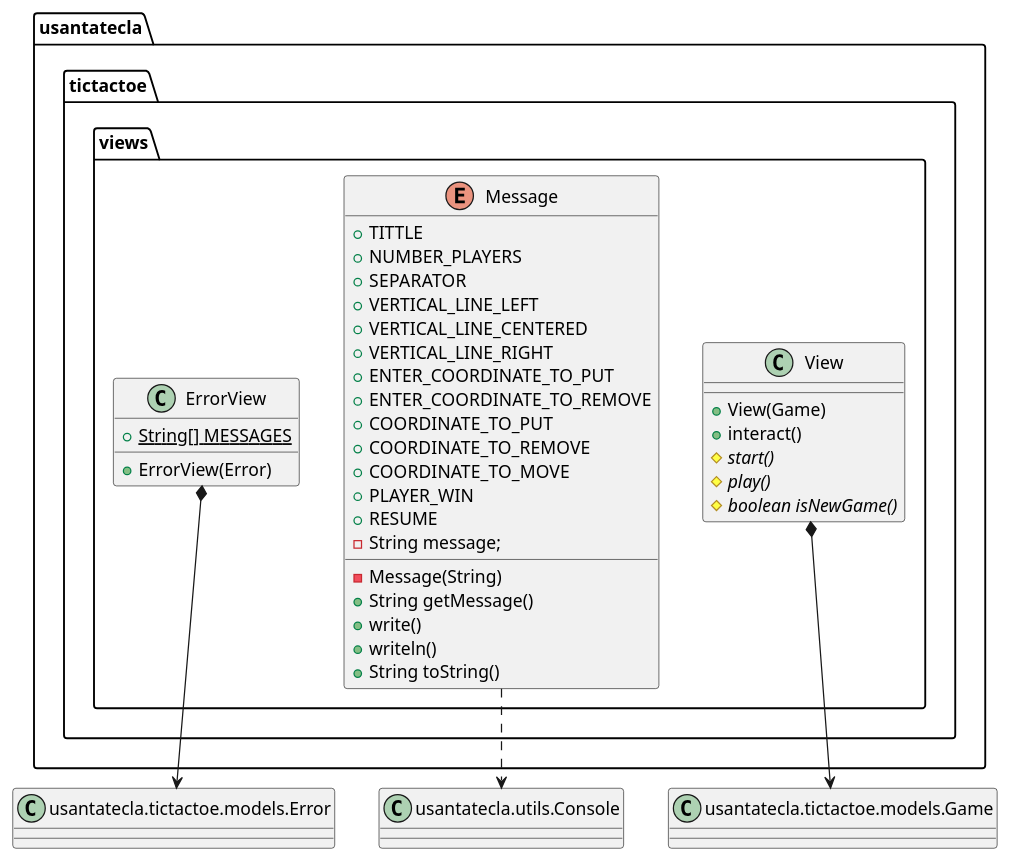
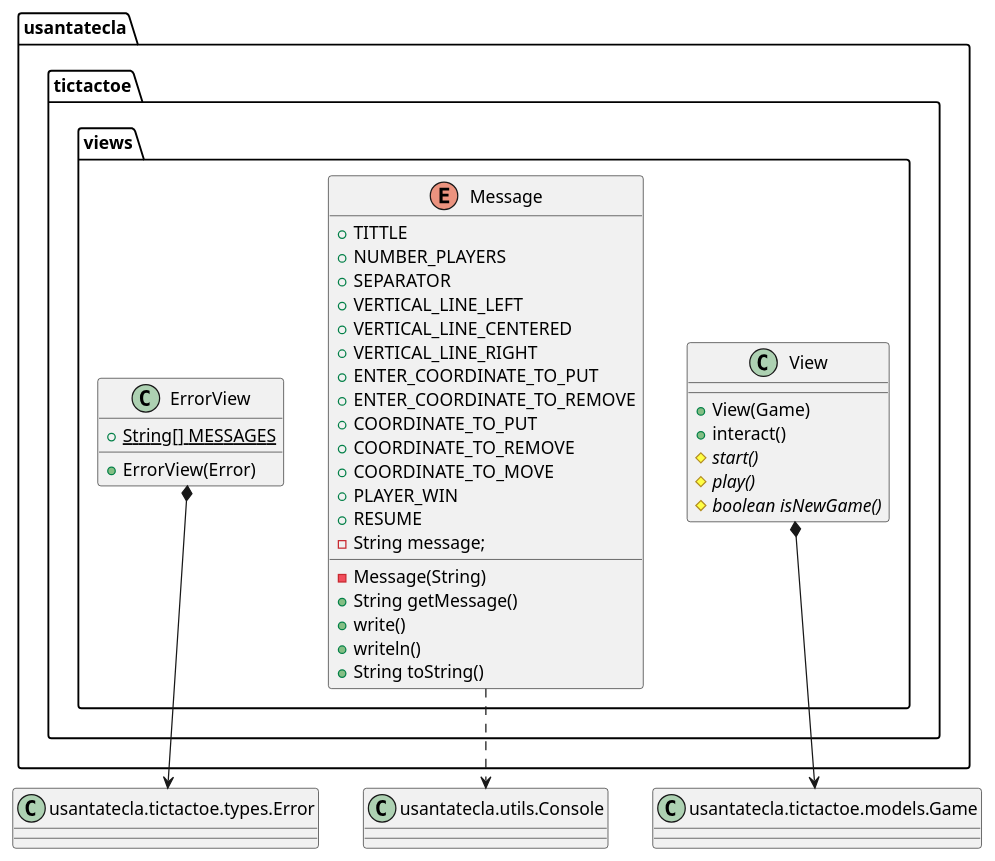
The second of 6 diagrams in documentView/withFactoryMethod/docs/diagrams/src/paquetes.plantuml (Jolucaa/USantaTecla-project-ticTacToe), drawn with PlantUML before and after one commit. The commit also changed other lines of this file and 41 other files, not shown here.

Commit message:
[mvp.pm.withFacade] Types package added. Started with documentation - Models, types, controllers and utils left

```diff
--- a/documentView/withFactoryMethod/docs/diagrams/src/paquetes.plantuml
+++ b/documentView/withFactoryMethod/docs/diagrams/src/paquetes.plantuml
@@ -39,51 +39,51 @@
 @startuml tictactoe.views
 class usantatecla.tictactoe.views.ErrorView {
 
 	+ {static} String[] MESSAGES
 
 	+ ErrorView(Error)
 
 }
 
 enum usantatecla.tictactoe.views.Message {
     + TITTLE
 	+ NUMBER_PLAYERS
 	+ SEPARATOR
 	+ VERTICAL_LINE_LEFT
 	+ VERTICAL_LINE_CENTERED
 	+ VERTICAL_LINE_RIGHT
 	+ ENTER_COORDINATE_TO_PUT
 	+ ENTER_COORDINATE_TO_REMOVE
 	+ COORDINATE_TO_PUT
 	+ COORDINATE_TO_REMOVE
 	+ COORDINATE_TO_MOVE
 	+ PLAYER_WIN
 	+ RESUME
 	- String message;
 
 	- Message(String)
 	+ String getMessage()
 	+ write()
 	+ writeln()
 	+ String toString()
 
 }
 
 class usantatecla.tictactoe.views.View {
 
 	+ View(Game)
 	+ interact()
 	# {abstract} start()
 	# {abstract} play()
 	# {abstract} boolean isNewGame()
 
 }
 
 class Game as "usantatecla.tictactoe.models.Game"
 class Console as "usantatecla.utils.Console"
-class Error as "usantatecla.tictactoe.models.Error"
+class Error as "usantatecla.tictactoe.types.Error"
 
 usantatecla.tictactoe.views.ErrorView *-down-> Error
 usantatecla.tictactoe.views.View *-down-> Game
 usantatecla.tictactoe.views.Message .down.> Console
 @enduml
```
